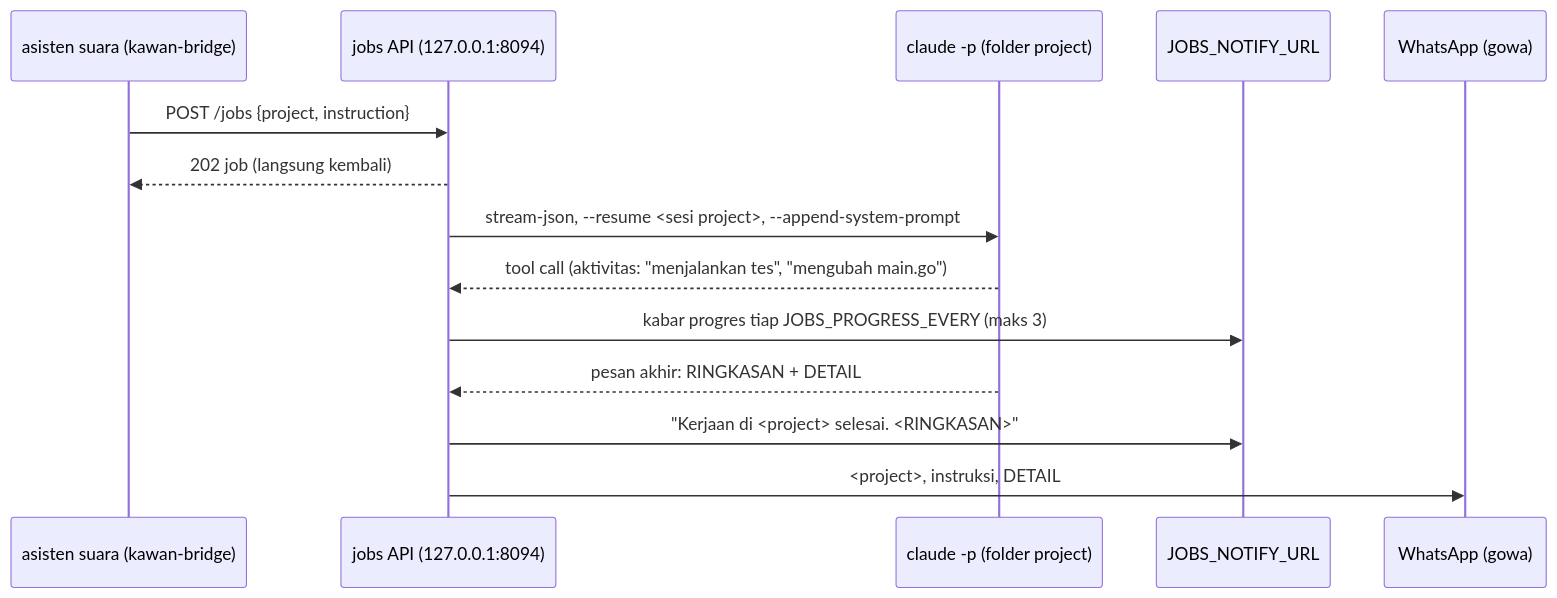
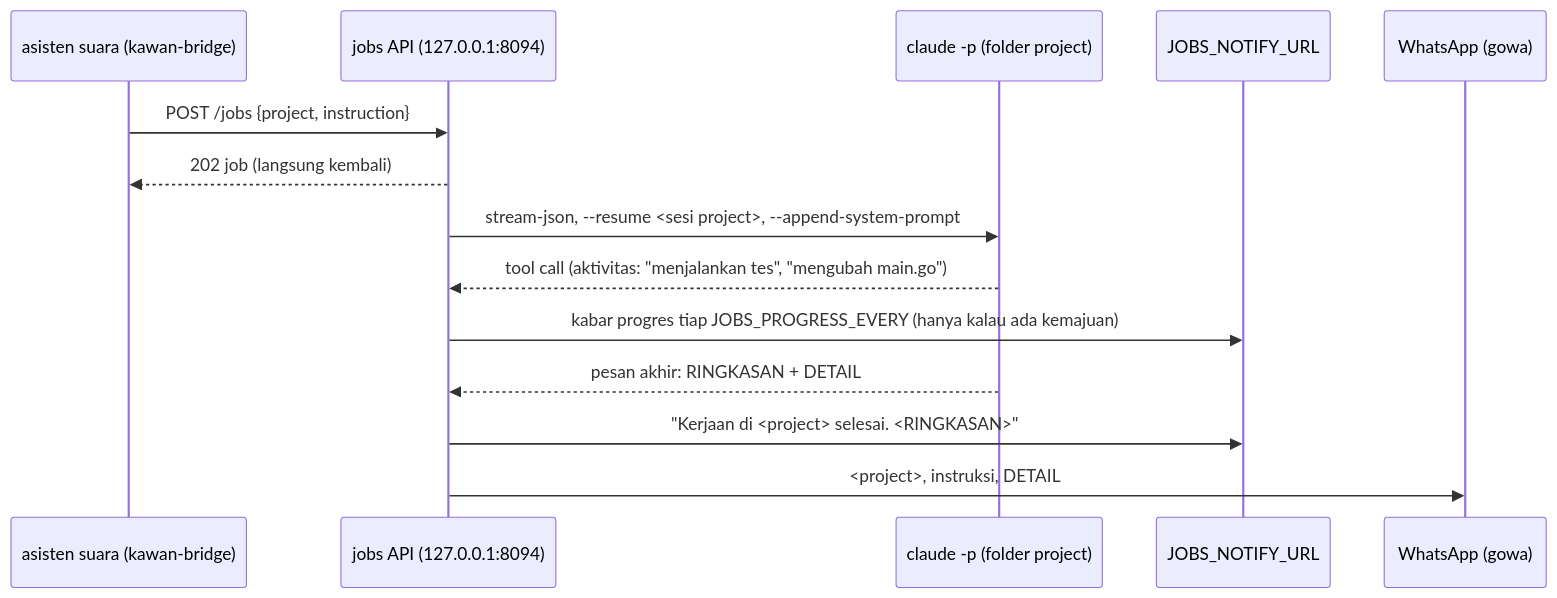
Before and after one commit to tarkiman/claude-whatsapp: the fifth of 5 diagrams in docs/ARCHITECTURE.id.md, drawn with Mermaid. The commit also changed 6 other files, not shown here.

First line of the commit message:
feat(jobs): progress notes while a job moves on, clearer activity

````diff
--- a/docs/ARCHITECTURE.id.md
+++ b/docs/ARCHITECTURE.id.md
@@ -401,16 +401,16 @@
 ```mermaid
 sequenceDiagram
   participant VA as asisten suara (kawan-bridge)
   participant J as jobs API (127.0.0.1:8094)
   participant C as claude -p (folder project)
   participant N as JOBS_NOTIFY_URL
   participant W as WhatsApp (gowa)
   VA->>J: POST /jobs {project, instruction}
   J-->>VA: 202 job (langsung kembali)
   J->>C: stream-json, --resume <sesi project>, --append-system-prompt
   C-->>J: tool call (aktivitas: "menjalankan tes", "mengubah main.go")
-  J->>N: kabar progres tiap JOBS_PROGRESS_EVERY (maks 3)
+  J->>N: kabar progres tiap JOBS_PROGRESS_EVERY (hanya kalau ada kemajuan)
   C-->>J: pesan akhir: RINGKASAN + DETAIL
   J->>N: "Kerjaan di <project> selesai. <RINGKASAN>"
   J->>W: <project>, instruksi, DETAIL
 ```
````
